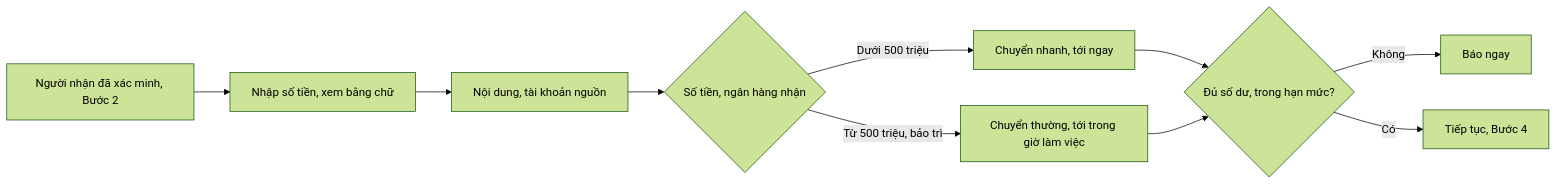
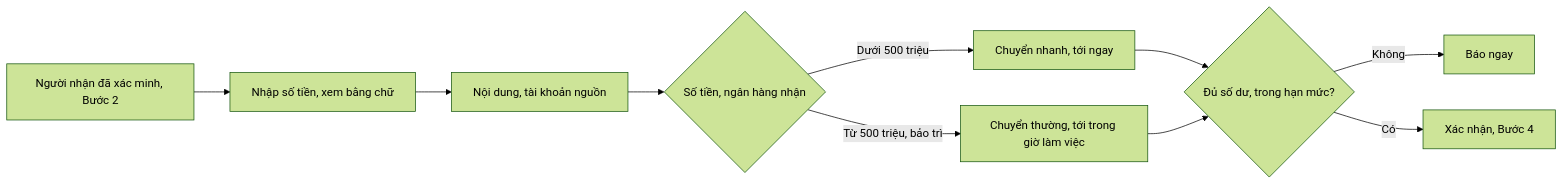
The fourth of 6 diagrams in docs/PRD.md (uxfoundation-vn/de07-chuyen-khoan-ngan-hang), drawn with Mermaid (forest theme) before and after one commit. The commit also changed other lines of this file and 2 other files, not shown here.

First line of the commit message:
Đề 7: bấm Xác nhận ở màn chọn số tiền rồi mới xem lại giao dịch

````diff
--- a/docs/PRD.md
+++ b/docs/PRD.md
@@ -301,12 +301,12 @@
 ```mermaid
 flowchart LR
   A["Người nhận đã xác minh, Bước 2"] --> B["Nhập số tiền, xem bằng chữ"]
   B --> C["Nội dung, tài khoản nguồn"]
   C --> D{"Số tiền, ngân hàng nhận"}
   D -->|Dưới 500 triệu| E["Chuyển nhanh, tới ngay"]
   D -->|Từ 500 triệu, bảo trì| F["Chuyển thường, tới trong giờ làm việc"]
   E --> G{"Đủ số dư, trong hạn mức?"}
   F --> G
   G -->|Không| H["Báo ngay"]
-  G -->|Có| I["Tiếp tục, Bước 4"]
+  G -->|Có| I["Xác nhận, Bước 4"]
 ```
````
